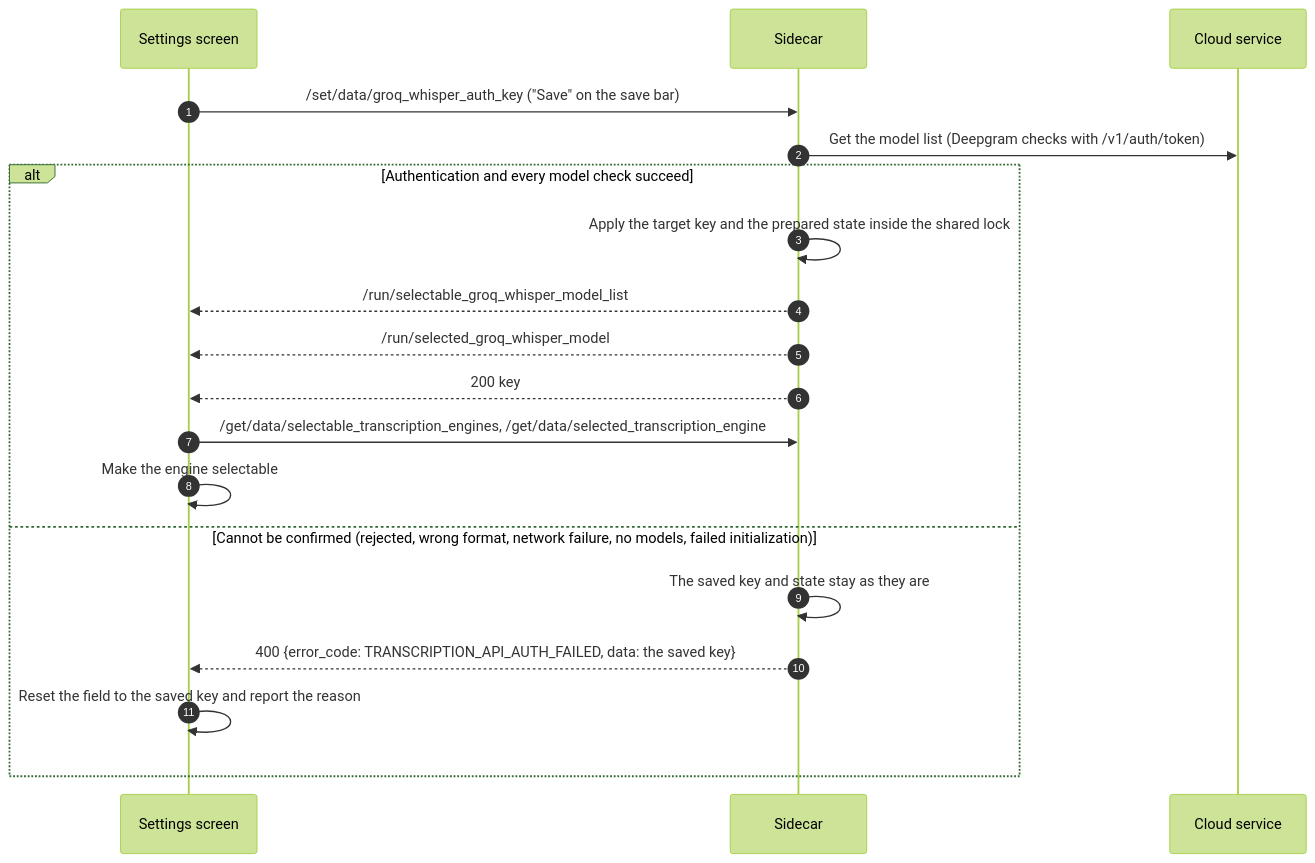
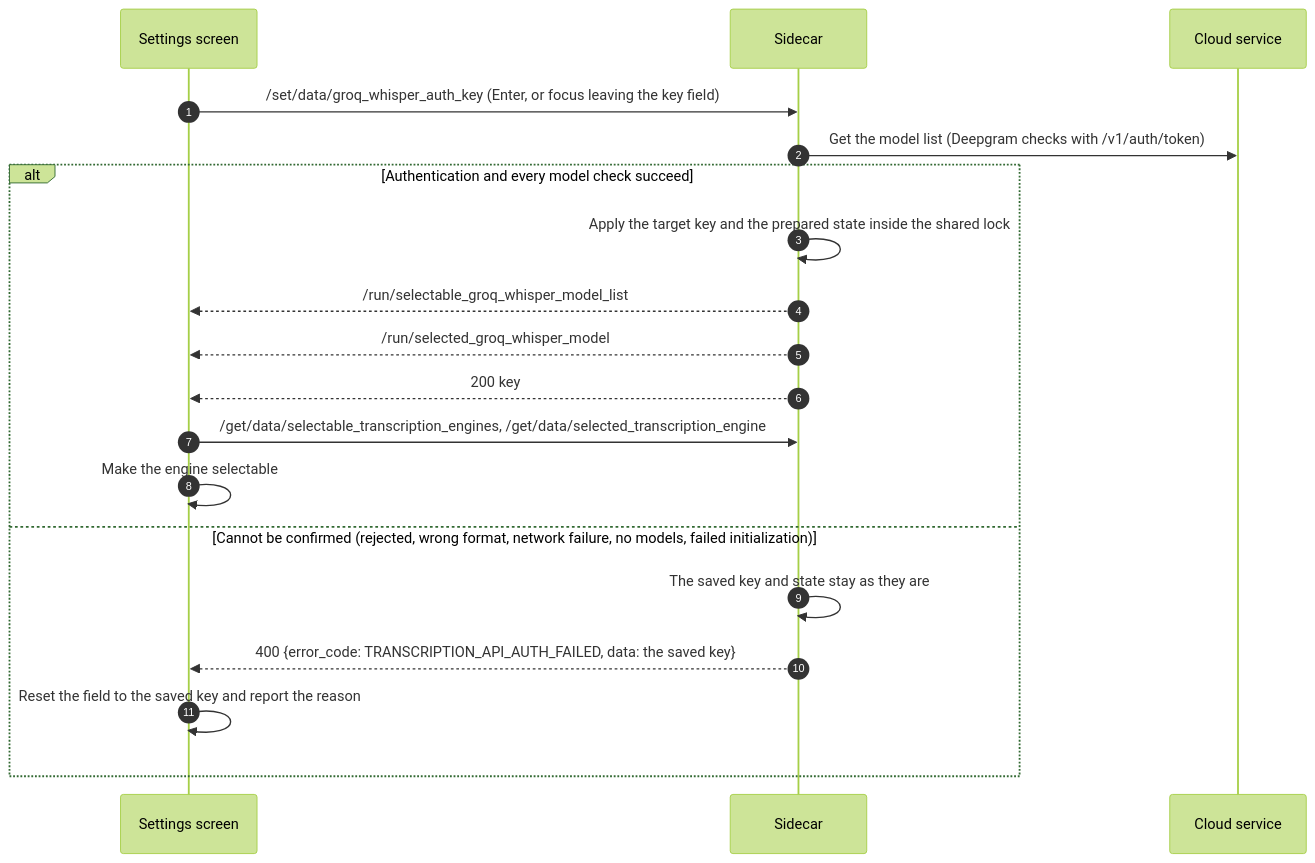
Before and after one commit to kein5/astarot: the seventh of 14 diagrams in docs/spec/sequences.md, drawn with Mermaid (forest theme). The commit also changed other lines of this file and 10 other files, not shown here.

````diff
--- a/docs/spec/sequences.md
+++ b/docs/spec/sequences.md
@@ -197,21 +197,21 @@
 ```mermaid
 sequenceDiagram
   autonumber
   participant P as Settings screen
   participant S as Sidecar
   participant C as Cloud service
-  P->>S: /set/data/groq_whisper_auth_key ("Save" on the save bar)
+  P->>S: /set/data/groq_whisper_auth_key (Enter, or focus leaving the key field)
   S->>C: Get the model list (Deepgram checks with /v1/auth/token)
   alt Authentication and every model check succeed
     S->>S: Apply the target key and the prepared state inside the shared lock
     S-->>P: /run/selectable_groq_whisper_model_list
     S-->>P: /run/selected_groq_whisper_model
     S-->>P: 200 key
     P->>S: /get/data/selectable_transcription_engines, /get/data/selected_transcription_engine
     P->>P: Make the engine selectable
   else Cannot be confirmed (rejected, wrong format, network failure, no models, failed initialization)
     S->>S: The saved key and state stay as they are
     S-->>P: 400 {error_code: TRANSCRIPTION_API_AUTH_FAILED, data: the saved key}
     P->>P: Reset the field to the saved key and report the reason
   end
 ```
````
